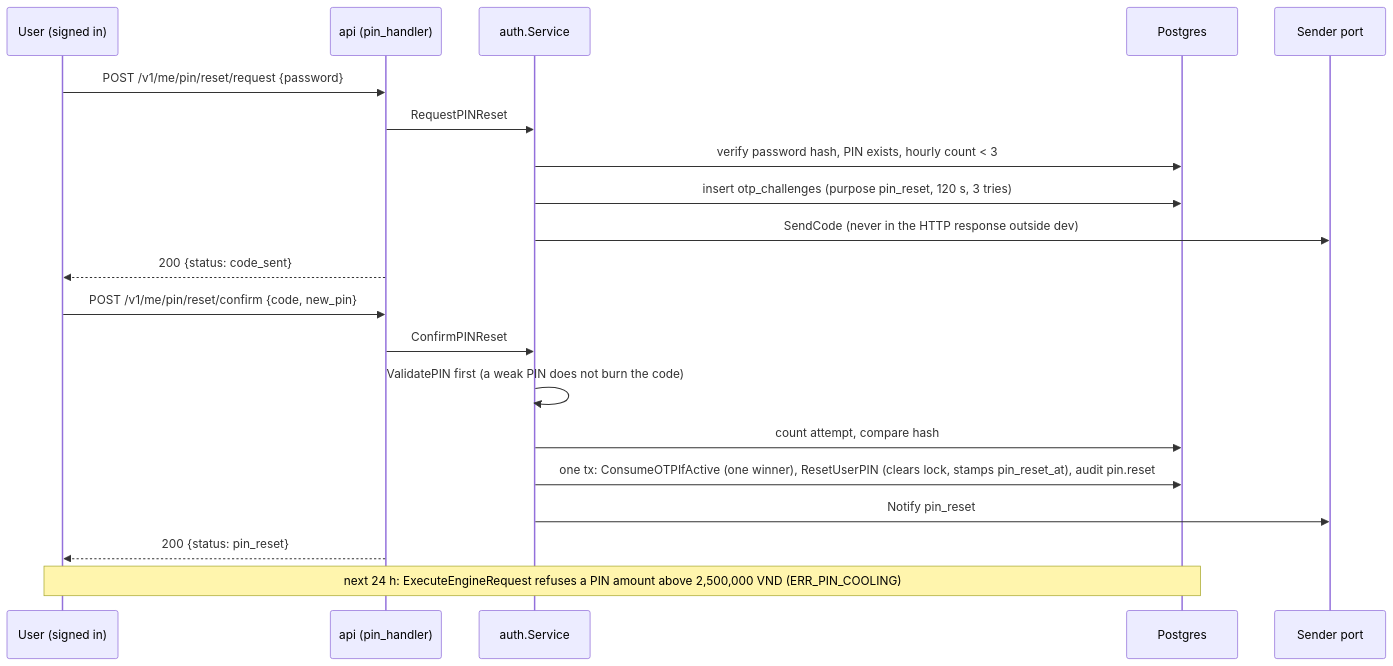
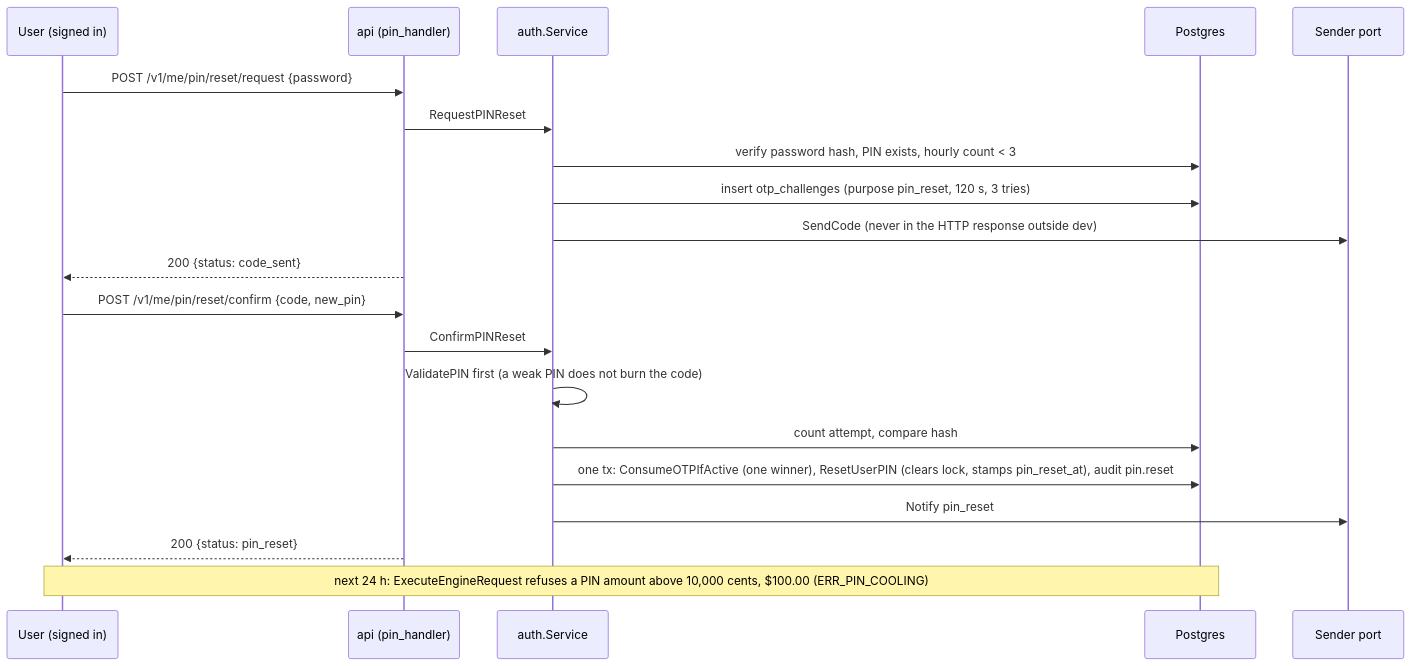
Before and after one commit to hieumai1507/HPay: the fifth of 7 diagrams in docs/architecture/runtime-views.md, drawn with Mermaid. The commit also changed 19 other files, not shown here.

Commit message:
docs: describe amounts as US dollars stored as cents across domain, reference, product and architecture pages (ADR-0019, proposed)

````diff
--- a/docs/architecture/runtime-views.md
+++ b/docs/architecture/runtime-views.md
@@ -132,22 +132,22 @@
 ```mermaid
 sequenceDiagram
   participant U as User (signed in)
   participant API as api (pin_handler)
   participant A as auth.Service
   participant DB as Postgres
   participant S as Sender port
   U->>API: POST /v1/me/pin/reset/request {password}
   API->>A: RequestPINReset
   A->>DB: verify password hash, PIN exists, hourly count < 3
   A->>DB: insert otp_challenges (purpose pin_reset, 120 s, 3 tries)
   A->>S: SendCode (never in the HTTP response outside dev)
   API-->>U: 200 {status: code_sent}
   U->>API: POST /v1/me/pin/reset/confirm {code, new_pin}
   API->>A: ConfirmPINReset
   A->>A: ValidatePIN first (a weak PIN does not burn the code)
   A->>DB: count attempt, compare hash
   A->>DB: one tx: ConsumeOTPIfActive (one winner), ResetUserPIN (clears lock, stamps pin_reset_at), audit pin.reset
   A->>S: Notify pin_reset
   API-->>U: 200 {status: pin_reset}
-  Note over U,DB: next 24 h: ExecuteEngineRequest refuses a PIN amount above 2,500,000 VND (ERR_PIN_COOLING)
+  Note over U,DB: next 24 h: ExecuteEngineRequest refuses a PIN amount above 10,000 cents, $100.00 (ERR_PIN_COOLING)
 ```
````
